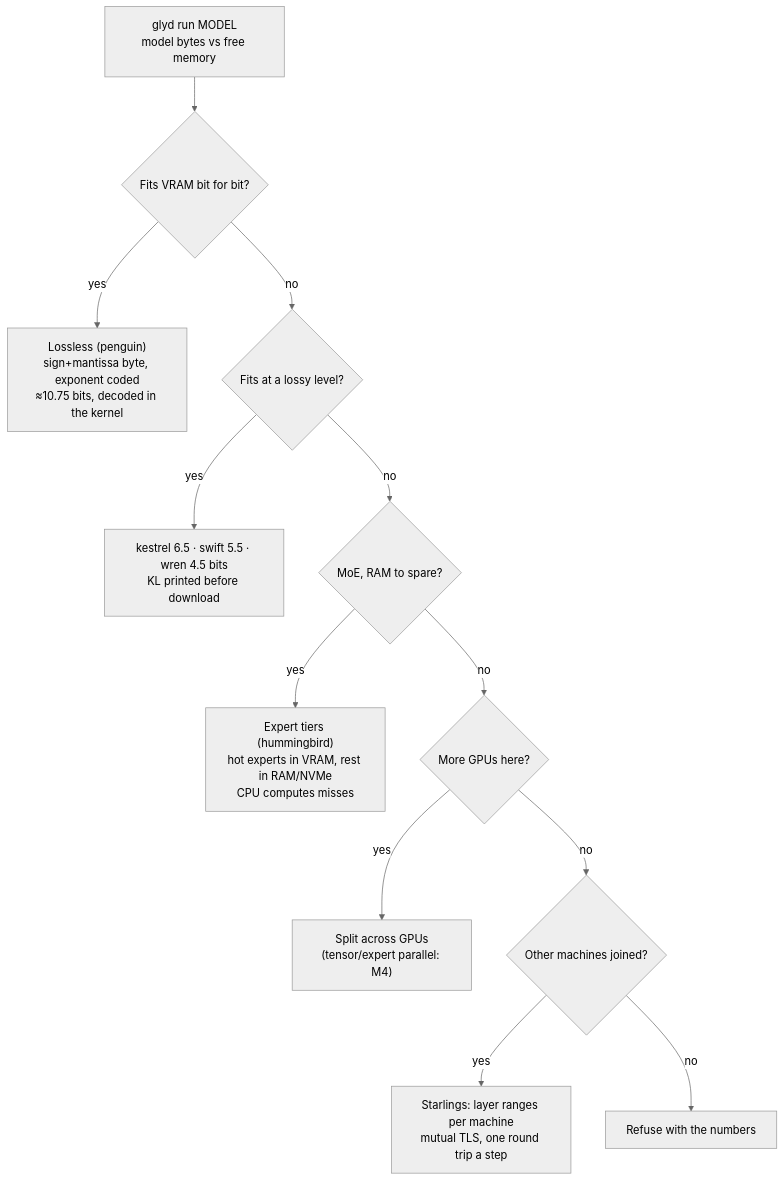
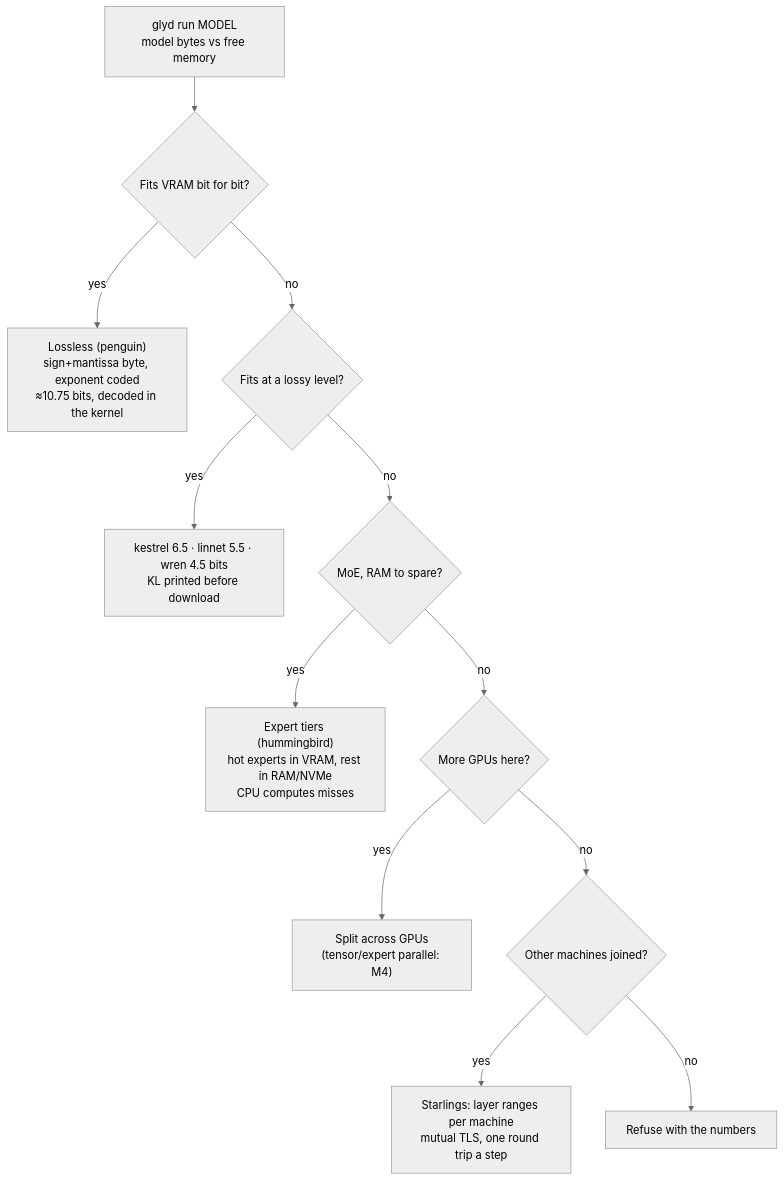
Before and after one commit to surya-koritala/Glyd: the first of 3 diagrams in docs/architecture.md, drawn with Mermaid (neutral theme). The commit also changed other lines of this file and 180 other files, not shown here.

````diff
--- a/docs/architecture.md
+++ b/docs/architecture.md
@@ -61,14 +61,14 @@
 ```mermaid
 flowchart TD
   A["glyd run MODEL<br/>model bytes vs free memory"] --> Q1{"Fits VRAM bit for bit?"}
   Q1 -- yes --> L["Lossless (penguin)<br/>sign+mantissa byte, exponent coded<br/>≈10.75 bits, decoded in the kernel"]
   Q1 -- no --> Q2{"Fits at a lossy level?"}
-  Q2 -- yes --> Y["kestrel 6.5 · swift 5.5 · wren 4.5 bits<br/>KL printed before download"]
+  Q2 -- yes --> Y["kestrel 6.5 · linnet 5.5 · wren 4.5 bits<br/>KL printed before download"]
   Q2 -- no --> Q3{"MoE, RAM to spare?"}
   Q3 -- yes --> C["Expert tiers (hummingbird)<br/>hot experts in VRAM, rest in RAM/NVMe<br/>CPU computes misses"]
   Q3 -- no --> Q4{"More GPUs here?"}
   Q4 -- yes --> G["Split across GPUs<br/>(tensor/expert parallel: M4)"]
   Q4 -- no --> Q5{"Other machines joined?"}
   Q5 -- yes --> S["Starlings: layer ranges per machine<br/>mutual TLS, one round trip a step"]
   Q5 -- no --> R["Refuse with the numbers"]
 ```
````
